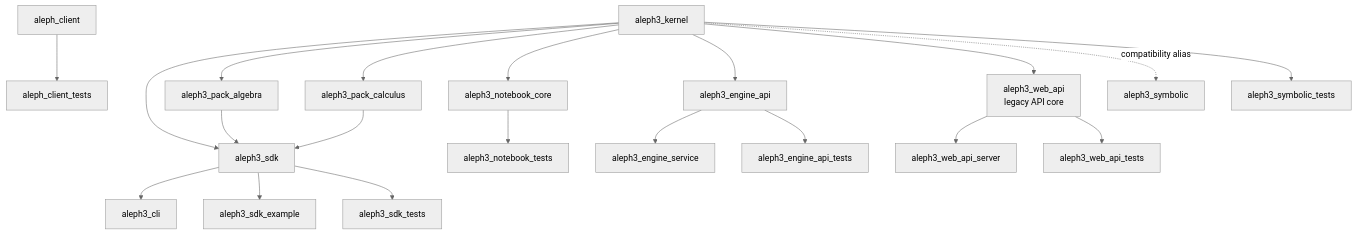
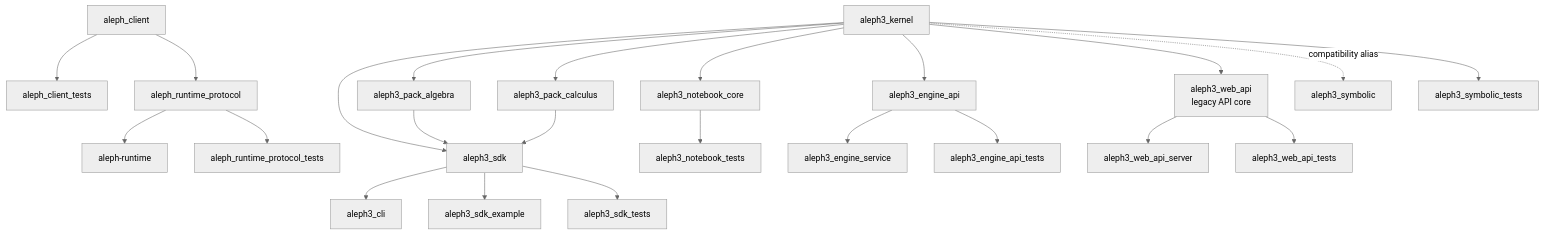
Before and after one commit to sergiorf/aleph3: the ninth of 10 diagrams in docs/architecture.md, drawn with Mermaid (neutral theme). The commit also changed other lines of this file and 14 other files, not shown here.

First line of the commit message:
Implement private aleph-runtime protocol server

````diff
--- a/docs/architecture.md
+++ b/docs/architecture.md
@@ -391,22 +392,25 @@
 ```mermaid
 flowchart TD
     AlephClient["aleph_client"] --> AlephClientTests["aleph_client_tests"]
+    AlephClient --> RuntimeProtocol["aleph_runtime_protocol"]
+    RuntimeProtocol --> RuntimeExe["aleph-runtime"]
+    RuntimeProtocol --> RuntimeTests["aleph_runtime_protocol_tests"]
     Kernel["aleph3_kernel"] --> SDK["aleph3_sdk"]
     Kernel --> Algebra["aleph3_pack_algebra"]
     Kernel --> Calculus["aleph3_pack_calculus"]
     Kernel --> NotebookCore["aleph3_notebook_core"]
     Kernel --> EngineApi["aleph3_engine_api"]
     Kernel --> WebApi["aleph3_web_api<br/>legacy API core"]
     Kernel -. compatibility alias .-> Symbolic["aleph3_symbolic"]
     Algebra --> SDK
     Calculus --> SDK
     SDK --> CLI["aleph3_cli"]
     SDK --> Example["aleph3_sdk_example"]
     EngineApi --> EngineSvc["aleph3_engine_service"]
     WebApi --> WebApiServer["aleph3_web_api_server"]
     Kernel --> KernelTests["aleph3_symbolic_tests"]
     NotebookCore --> NotebookTests["aleph3_notebook_tests"]
     EngineApi --> EngineTests["aleph3_engine_api_tests"]
     WebApi --> WebTests["aleph3_web_api_tests"]
     SDK --> SDKTests["aleph3_sdk_tests"]
 ```
````
